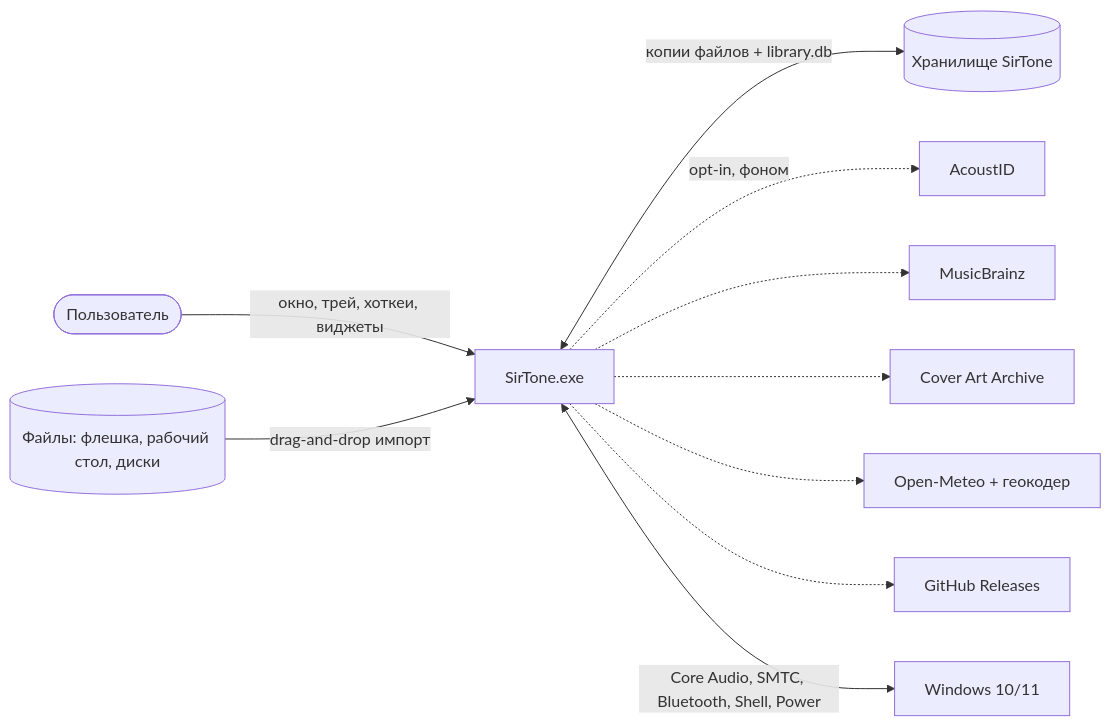
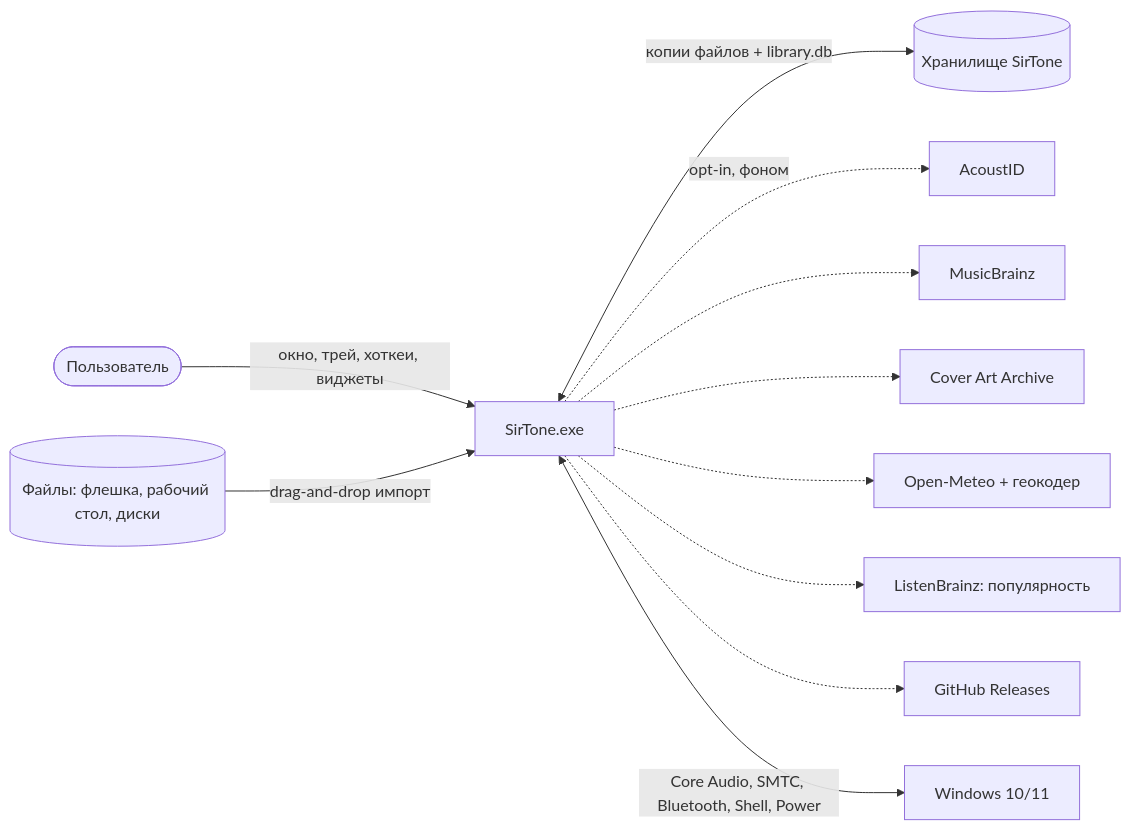
Before and after one commit to eropermakov/SirTone: the first of 6 diagrams in docs/03_ARCHITECTURE.md, drawn with Mermaid. The commit also changed other lines of this file and 27 other files, not shown here.

````diff
--- a/docs/03_ARCHITECTURE.md
+++ b/docs/03_ARCHITECTURE.md
@@ -48,12 +49,13 @@
 ```mermaid
 flowchart LR
   U([Пользователь]) -->|окно, трей, хоткеи, виджеты| APP[SirTone.exe]
   SRC[(Файлы: флешка, рабочий стол, диски)] -->|drag-and-drop импорт| APP
   APP <-->|копии файлов + library.db| LIB[(Хранилище SirTone)]
   APP -.->|opt-in, фоном| AID[AcoustID]
   APP -.-> MB[MusicBrainz]
   APP -.-> CAA[Cover Art Archive]
   APP -.-> OM[Open-Meteo + геокодер]
+  APP -.-> LBZ[ListenBrainz: популярность]
   APP -.-> GH[GitHub Releases]
   APP <-->|Core Audio, SMTC, Bluetooth, Shell, Power| WIN[Windows 10/11]
 ```
````
